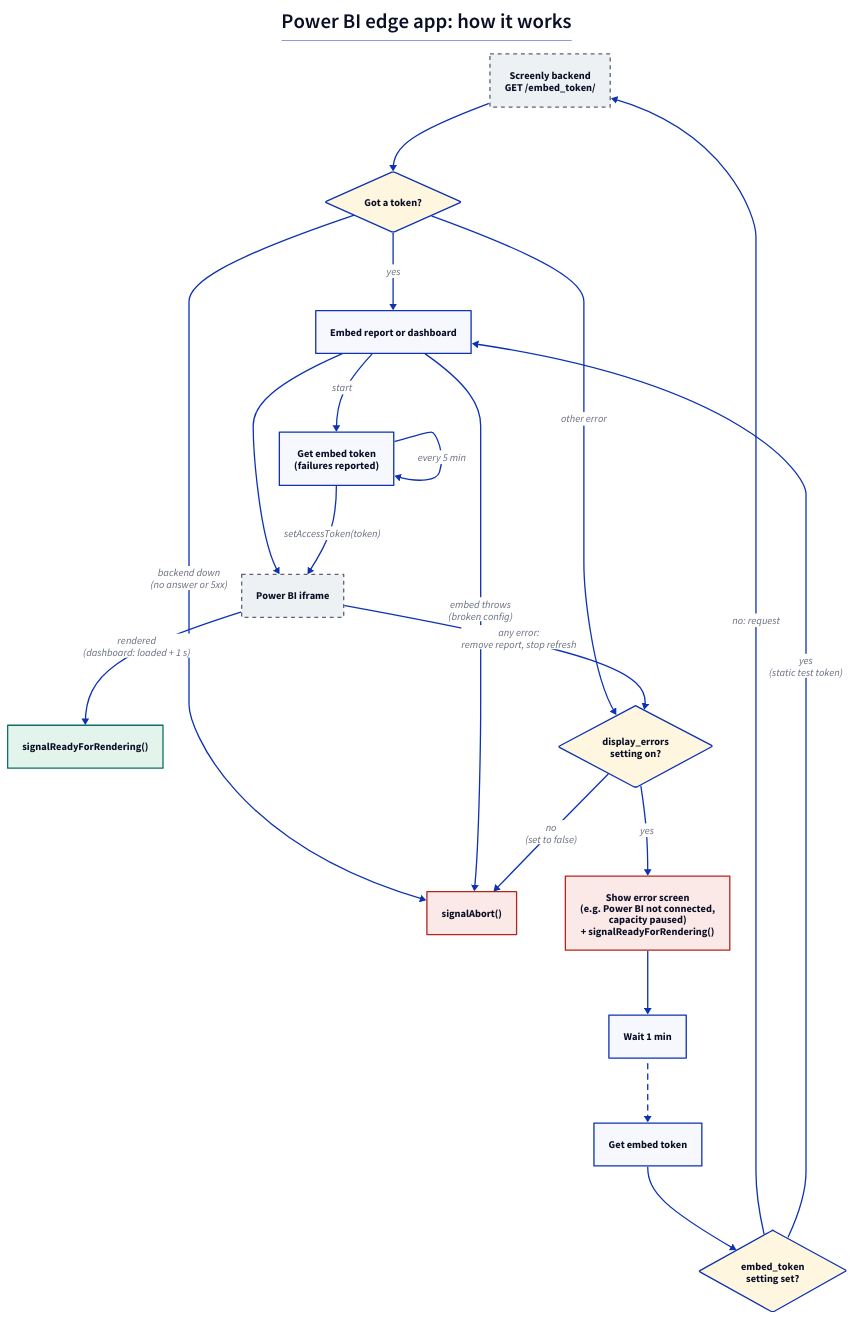
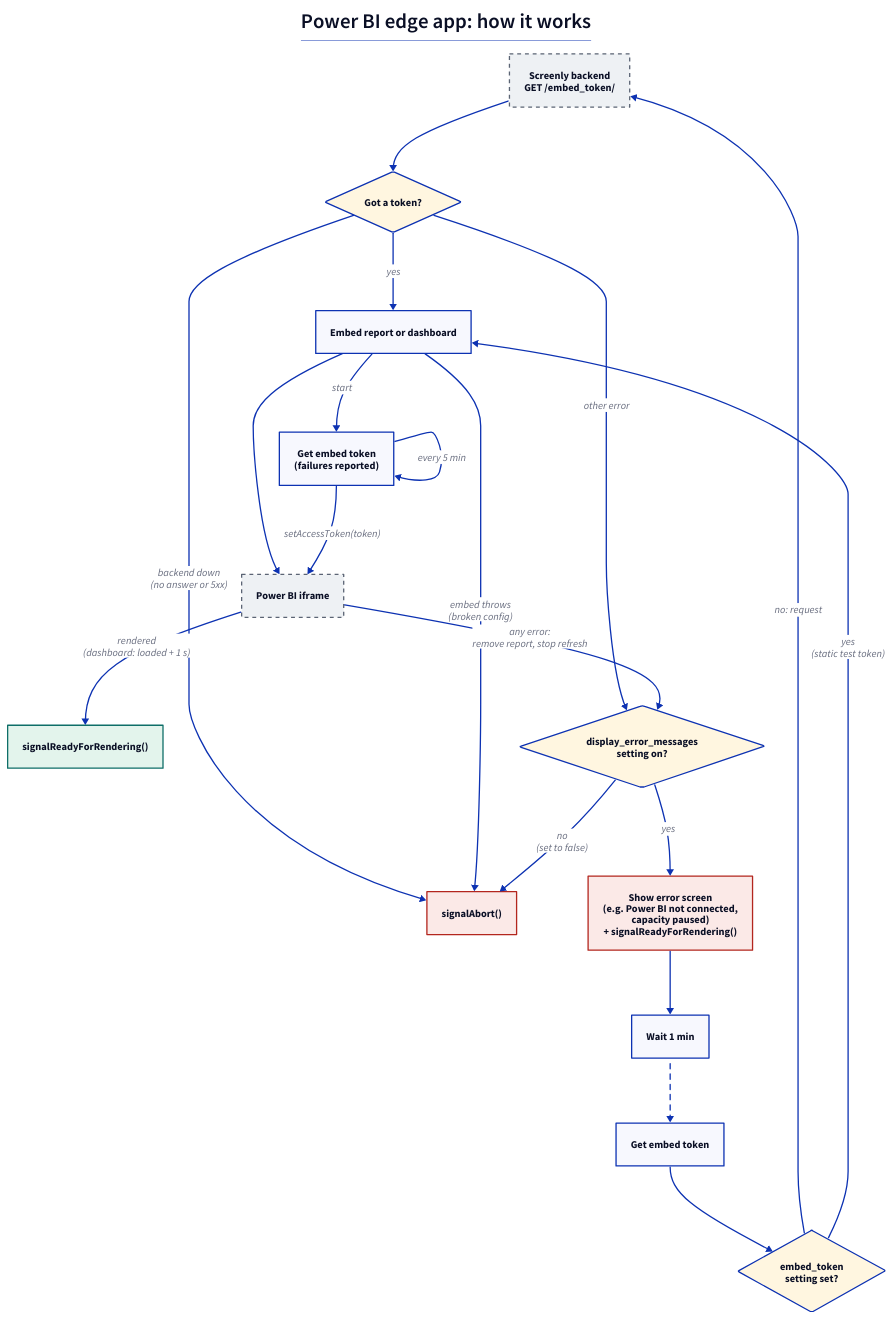
One commit to Screenly/powerbi-app changed the diagram in docs/how-it-works.d2. Above: the diagram before and after it, drawn with D2. The commit also changed 6 other files, not shown here.

```diff
--- a/docs/how-it-works.d2
+++ b/docs/how-it-works.d2
@@ -1,45 +1,45 @@
 title: |md
   # Power BI edge app: how it works
 | {near: top-center}
 
 direction: down
 
 classes: {
   external: {style: {fill: "#EEF1F4"; stroke: "#5B6474"; stroke-dash: 3}}
   decision: {shape: diamond; style.fill: "#FFF6E0"}
   good: {style: {fill: "#E3F4EC"; stroke: "#0E6E68"}}
   bad: {style: {fill: "#FBE9E7"; stroke: "#B3261E"}}
 }
 
 backend: "Screenly backend\nGET /embed_token/" {class: external}
 powerbi: Power BI iframe {class: external}
 
 get_token: Get embed token
 has_static: "embed_token\nsetting set?" {class: decision}
 token_ok: Got a token? {class: decision}
 skip: "signalAbort()" {class: bad}
 embed: Embed report or dashboard
 refresh: "Get embed token\n(failures reported)"
 ready: "signalReadyForRendering()" {class: good}
-show_errors: "display_errors\nsetting on?" {class: decision}
+show_errors: "display_error_messages\nsetting on?" {class: decision}
 error_shown: "Show error screen\n(e.g. Power BI not connected,\ncapacity paused)\n+ signalReadyForRendering()" {class: bad}
 wait: "Wait 1 min"
 
 get_token -> has_static
 has_static -> backend: "no: request"
 has_static -> embed: "yes\n(static test token)"
 backend -> token_ok
 token_ok -> embed: yes
 token_ok -> skip: "backend down\n(no answer or 5xx)"
 token_ok -> show_errors: other error
 embed -> powerbi
 embed -> skip: "embed throws\n(broken config)"
 embed -> refresh: start
 refresh -> refresh: every 5 min
 refresh -> powerbi: "setAccessToken(token)"
 powerbi -> ready: "rendered\n(dashboard: loaded + 1 s)"
 powerbi -> show_errors: "any error:\nremove report, stop refresh"
 show_errors -> error_shown: yes
 show_errors -> skip: "no\n(set to false)"
 error_shown -> wait
 get_token <- wait: {style.stroke-dash: 4}
```
